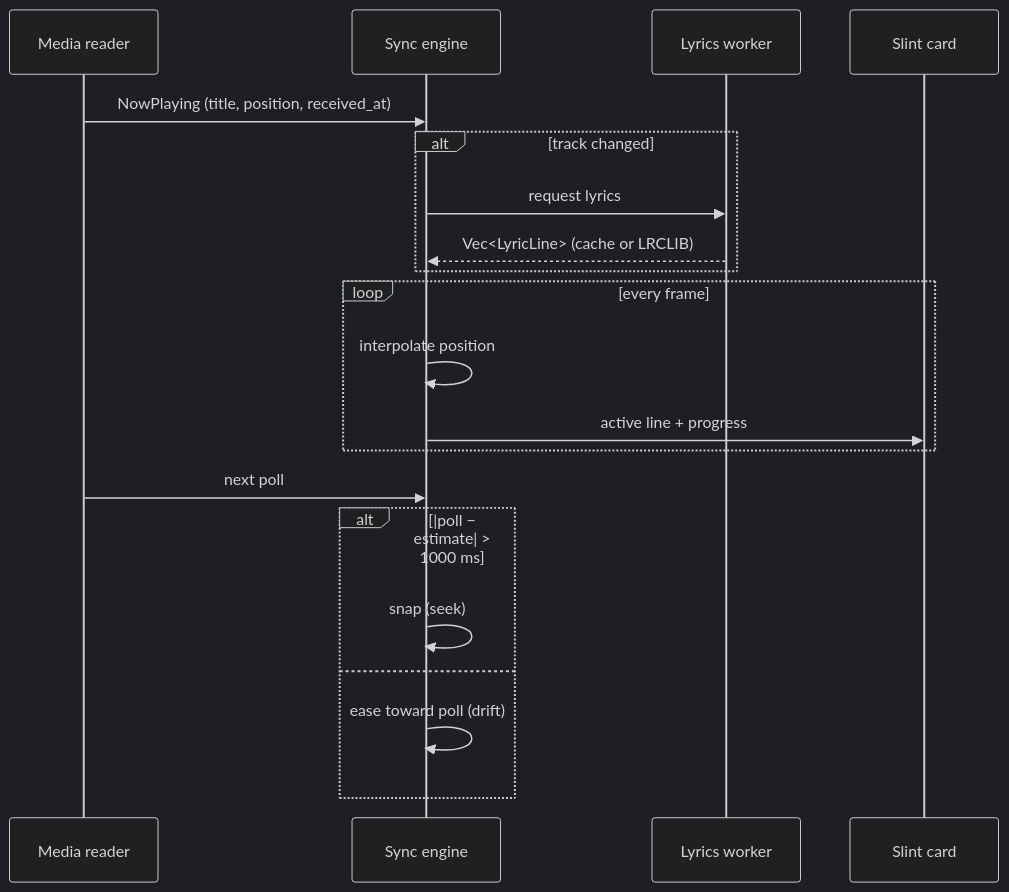
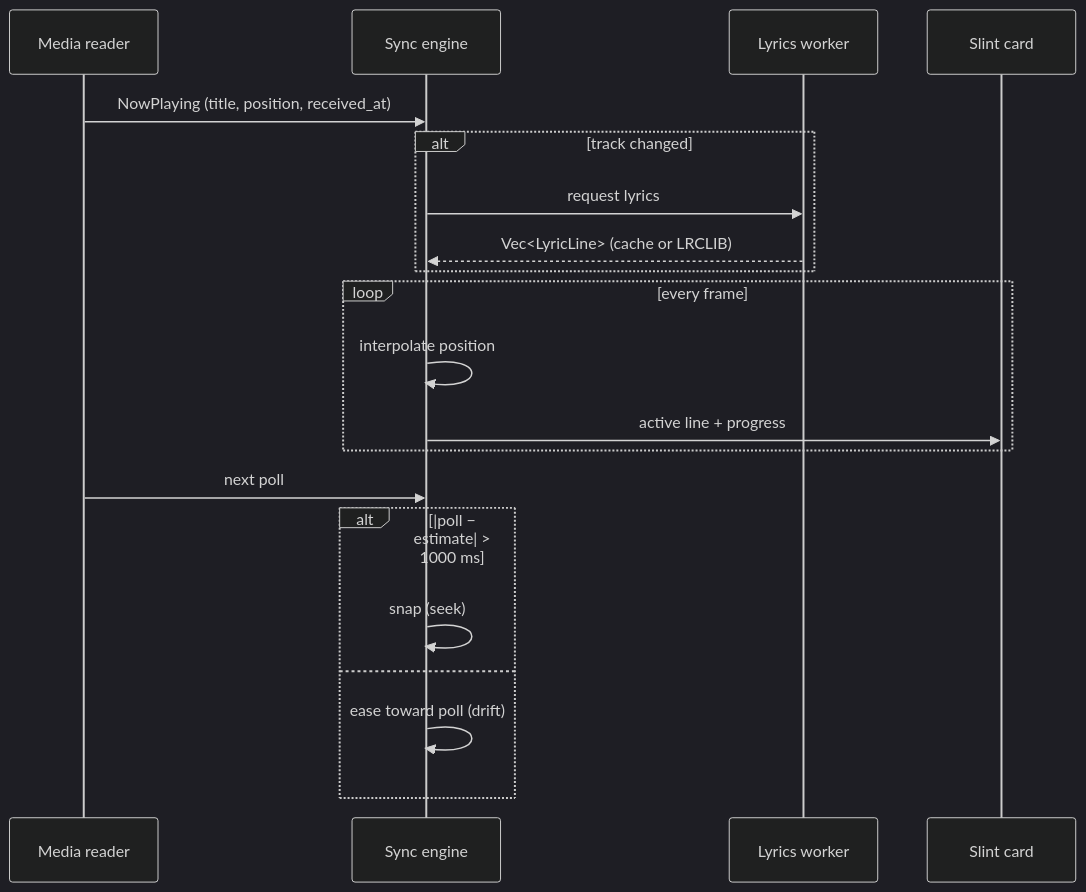
The diagram in README.md (amey-padvekar/lyra), drawn with Mermaid (dark theme) before and after one commit. The commit also changed other lines of this file, not shown here.

````diff
--- a/README.md
+++ b/README.md
@@ -226,22 +238,22 @@
 ```mermaid
 sequenceDiagram
     participant M as Media reader
     participant S as Sync engine
     participant L as Lyrics worker
     participant U as Slint card
     M->>S: NowPlaying (title, position, received_at)
     alt track changed
         S->>L: request lyrics
-        L-->>S: Vec<LyricLine> (cache or LRCLIB)
+        L-->>S: Vec#lt;LyricLine#gt; (cache or LRCLIB)
     end
     loop every frame
         S->>S: interpolate position
         S->>U: active line + progress
     end
     M->>S: next poll
     alt |poll − estimate| > 1000 ms
         S->>S: snap (seek)
     else
         S->>S: ease toward poll (drift)
     end
 ```
````
